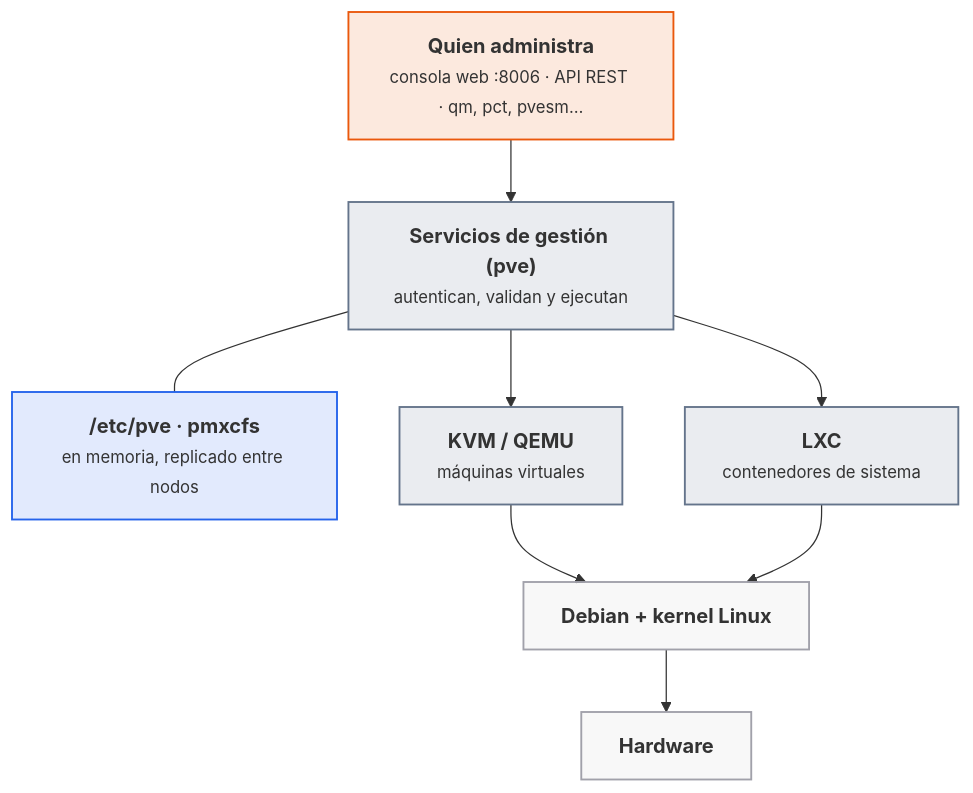
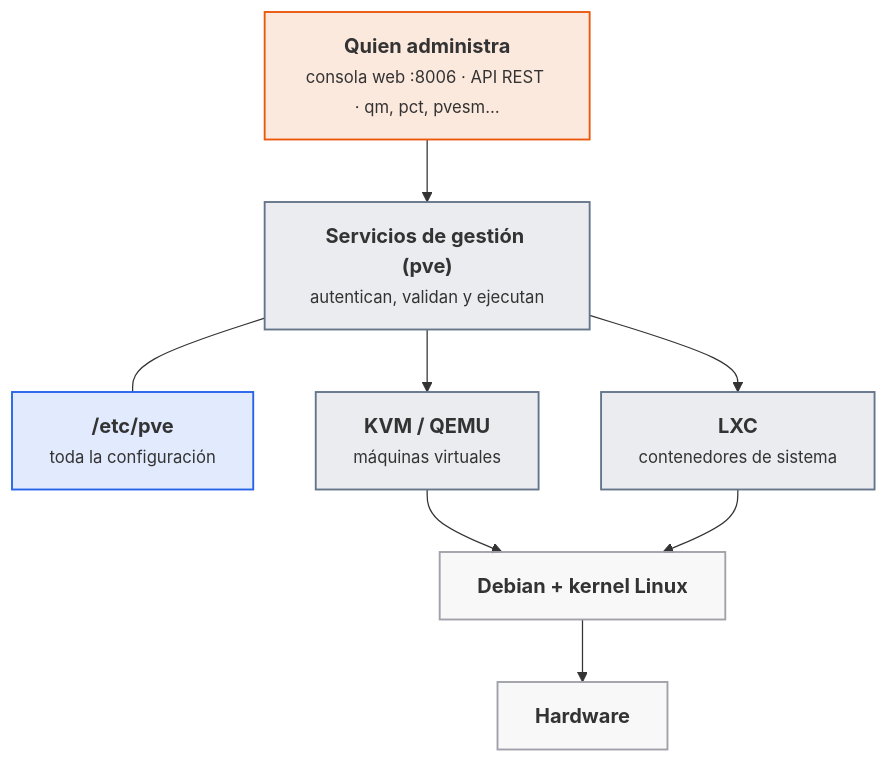
Before and after one commit to victor-educ/apuntes-5166: the fourth of 13 diagrams in docs/ut/ut1-virtualizacion.md, drawn with Mermaid. The commit also changed other lines of this file and 15 other files, not shown here.

````diff
--- a/docs/ut/ut1-virtualizacion.md
+++ b/docs/ut/ut1-virtualizacion.md
@@ -259,21 +263,21 @@
 ```mermaid
 flowchart TB
     USR["<b>Quien administra</b><br><small>consola web :8006 · API REST · qm, pct, pvesm…</small>"]:::act
     PVE["<b>Servicios de gestión (pve)</b><br><small>autentican, validan y ejecutan</small>"]:::pieza
-    CFG["<b>/etc/pve · pmxcfs</b><br><small>en memoria, replicado entre nodos</small>"]:::dato
+    CFG["<b>/etc/pve</b><br><small>toda la configuración</small>"]:::dato
     KVM["<b>KVM / QEMU</b><br><small>máquinas virtuales</small>"]:::pieza
     LXC["<b>LXC</b><br><small>contenedores de sistema</small>"]:::pieza
     DEB["<b>Debian + kernel Linux</b>"]:::infra
     HW["<b>Hardware</b>"]:::infra
     USR --> PVE
     PVE --- CFG
     PVE --> KVM
     PVE --> LXC
     KVM --> DEB
     LXC --> DEB
     DEB --> HW
     classDef act fill:#ea580c22,stroke:#ea580c,stroke-width:1.5px
     classDef pieza fill:#64748b22,stroke:#64748b,stroke-width:1.5px
     classDef dato fill:#2563eb22,stroke:#2563eb,stroke-width:1.5px
     classDef infra fill:#a1a1aa14,stroke:#a1a1aa,stroke-width:1.5px
 ```
````
